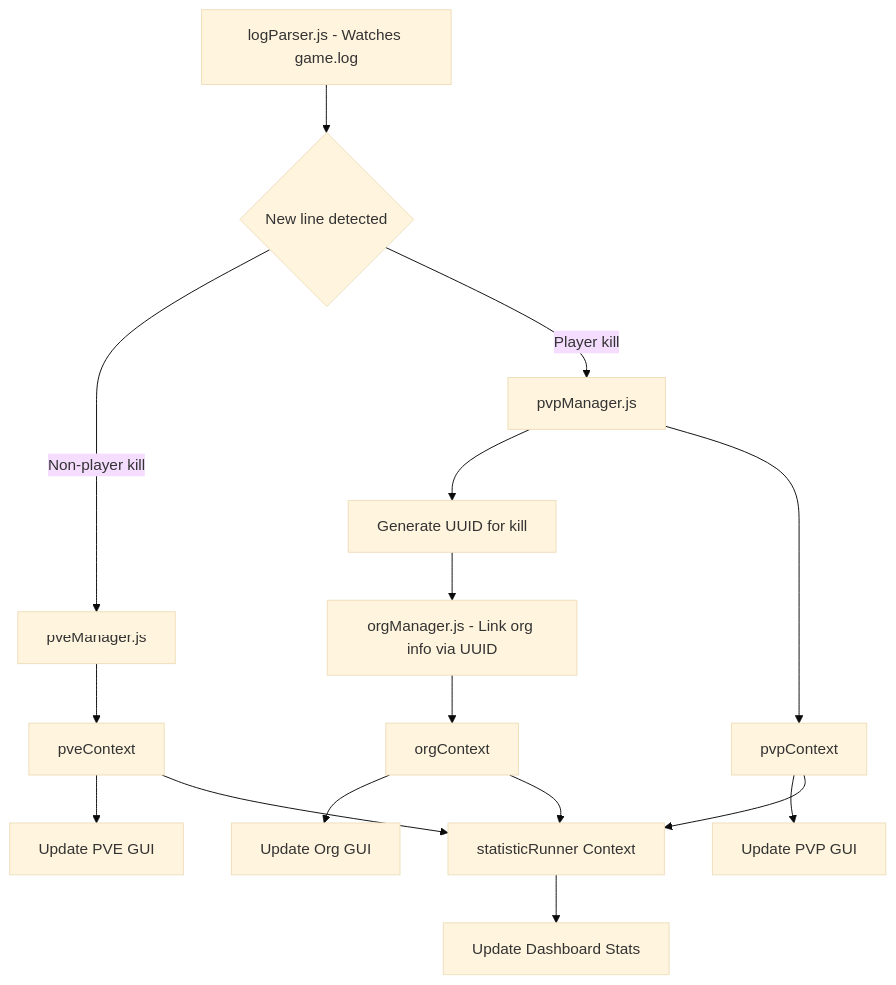
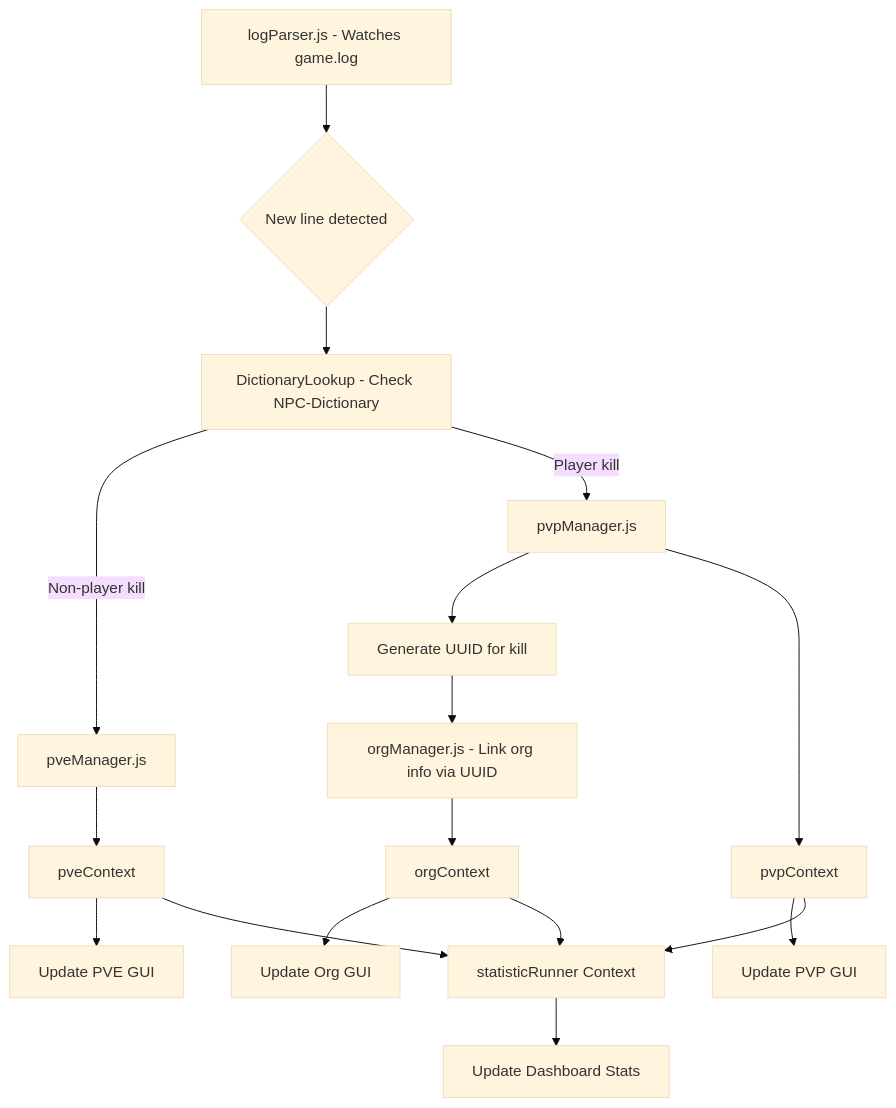
One commit to jasoncogzellmain/Statizen changed the diagram in README.md. Above: the diagram before and after it, drawn with Mermaid (base theme). The commit also changed other lines of this file and 3 other files, not shown here.

````diff
--- a/README.md
+++ b/README.md
@@ -27,18 +32,25 @@
 ```mermaid
 flowchart TD
   A[logParser.js - Watches game.log] --> B{New line detected}
-  B -->|Non-player kill| C[pveManager.js]
-  B -->|Player kill| D[pvpManager.js]
-  D --> E[Generate UUID for kill]
-  E --> F[orgManager.js - Link org info via UUID]
-  C --> G[pveContext]
-  D --> H[pvpContext]
-  F --> I[orgContext]
-  G --> X[Update PVE GUI]
-  H --> Y[Update PVP GUI]
-  I --> Z[Update Org GUI]
-  G --> R[statisticRunner Context]
-  H --> R
+  B --> C[DictionaryLookup - Check NPC-Dictionary]
+
+  C -->|Non-player kill| D[pveManager.js]
+  C -->|Player kill| E[pvpManager.js]
+
+  E --> F[Generate UUID for kill]
+  F --> G[orgManager.js - Link org info via UUID]
+
+  D --> H[pveContext]
+  E --> I[pvpContext]
+  G --> J[orgContext]
+
+  H --> X[Update PVE GUI]
+  I --> Y[Update PVP GUI]
+  J --> Z[Update Org GUI]
+
+  H --> R[statisticRunner Context]
   I --> R
+  J --> R
+
   R --> D1[Update Dashboard Stats]
 ```
````
